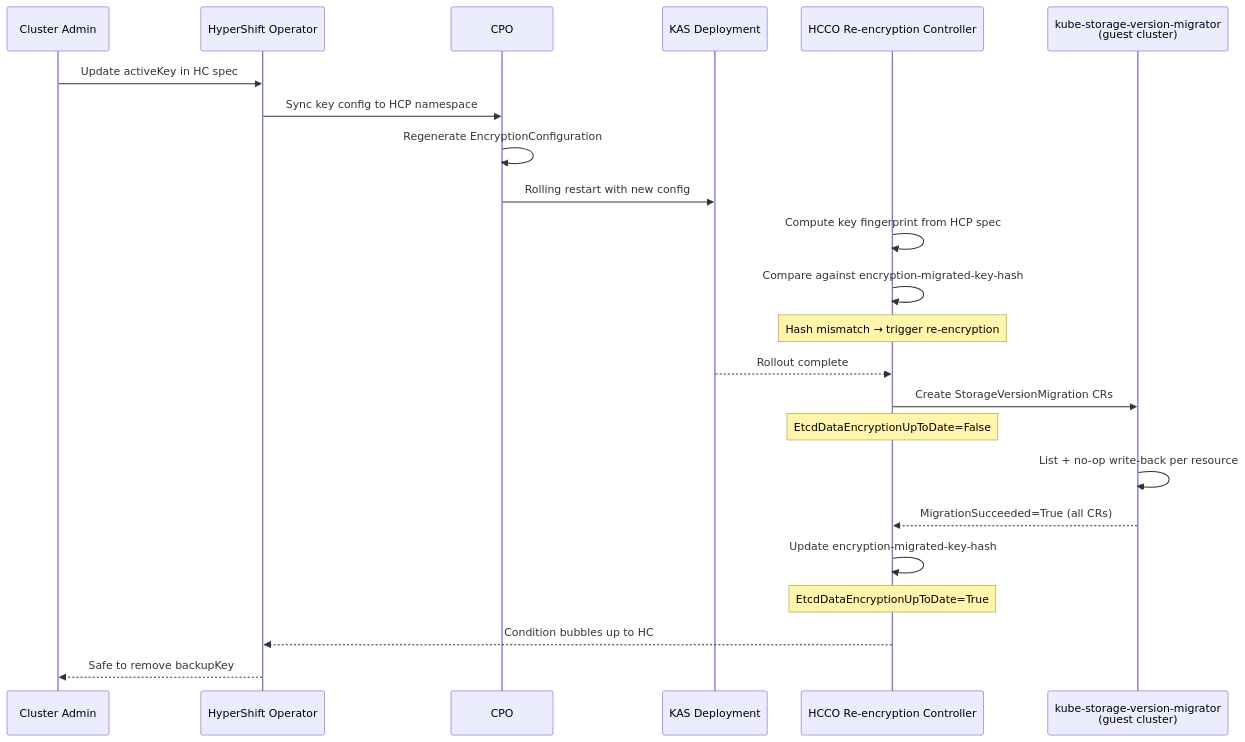
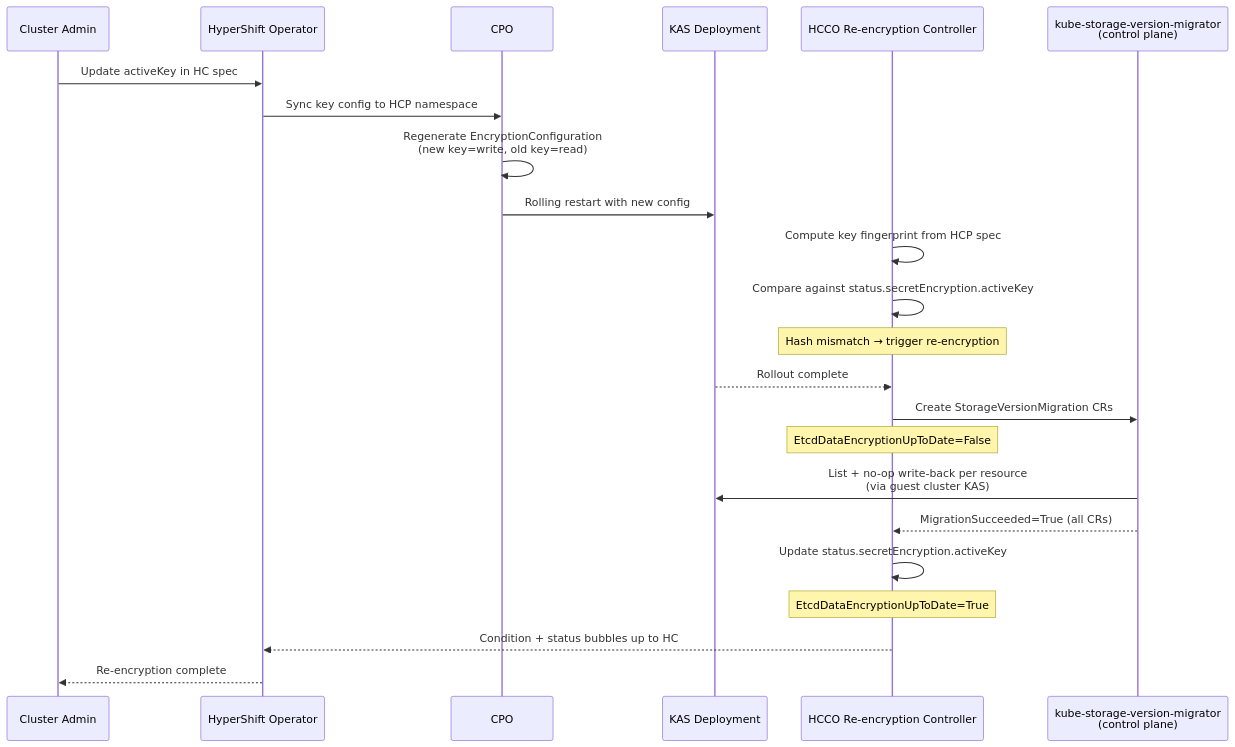
Before and after one commit to openshift/enhancements: the diagram in enhancements/hypershift/etcd-data-reencryption-on-key-rotation.md, drawn with Mermaid. The commit also changed other lines of this file, not shown here.

First line of the commit message:
Update enhancement: control plane migrator, status field, deprecate backupKey

````diff
--- a/enhancements/hypershift/etcd-data-reencryption-on-key-rotation.md
+++ b/enhancements/hypershift/etcd-data-reencryption-on-key-rotation.md
@@ -243,26 +274,26 @@
 ```mermaid
 sequenceDiagram
     participant Admin as Cluster Admin
     participant HO as HyperShift Operator
     participant CPO as CPO
     participant KAS as KAS Deployment
     participant HCCO as HCCO Re-encryption Controller
-    participant SVM as kube-storage-version-migrator<br/>(guest cluster)
+    participant SVM as kube-storage-version-migrator<br/>(control plane)
 
     Admin->>HO: Update activeKey in HC spec
     HO->>CPO: Sync key config to HCP namespace
-    CPO->>CPO: Regenerate EncryptionConfiguration
+    CPO->>CPO: Regenerate EncryptionConfiguration<br/>(new key=write, old key=read)
     CPO->>KAS: Rolling restart with new config
     HCCO->>HCCO: Compute key fingerprint from HCP spec
-    HCCO->>HCCO: Compare against encryption-migrated-key-hash
+    HCCO->>HCCO: Compare against status.secretEncryption.activeKey
     Note over HCCO: Hash mismatch → trigger re-encryption
     KAS-->>HCCO: Rollout complete
     HCCO->>SVM: Create StorageVersionMigration CRs
     Note over HCCO: EtcdDataEncryptionUpToDate=False
-    SVM->>SVM: List + no-op write-back per resource
+    SVM->>KAS: List + no-op write-back per resource<br/>(via guest cluster KAS)
     SVM-->>HCCO: MigrationSucceeded=True (all CRs)
-    HCCO->>HCCO: Update encryption-migrated-key-hash
+    HCCO->>HCCO: Update status.secretEncryption.activeKey
     Note over HCCO: EtcdDataEncryptionUpToDate=True
-    HCCO-->>HO: Condition bubbles up to HC
-    HO-->>Admin: Safe to remove backupKey
+    HCCO-->>HO: Condition + status bubbles up to HC
+    HO-->>Admin: Re-encryption complete
 ```
````
